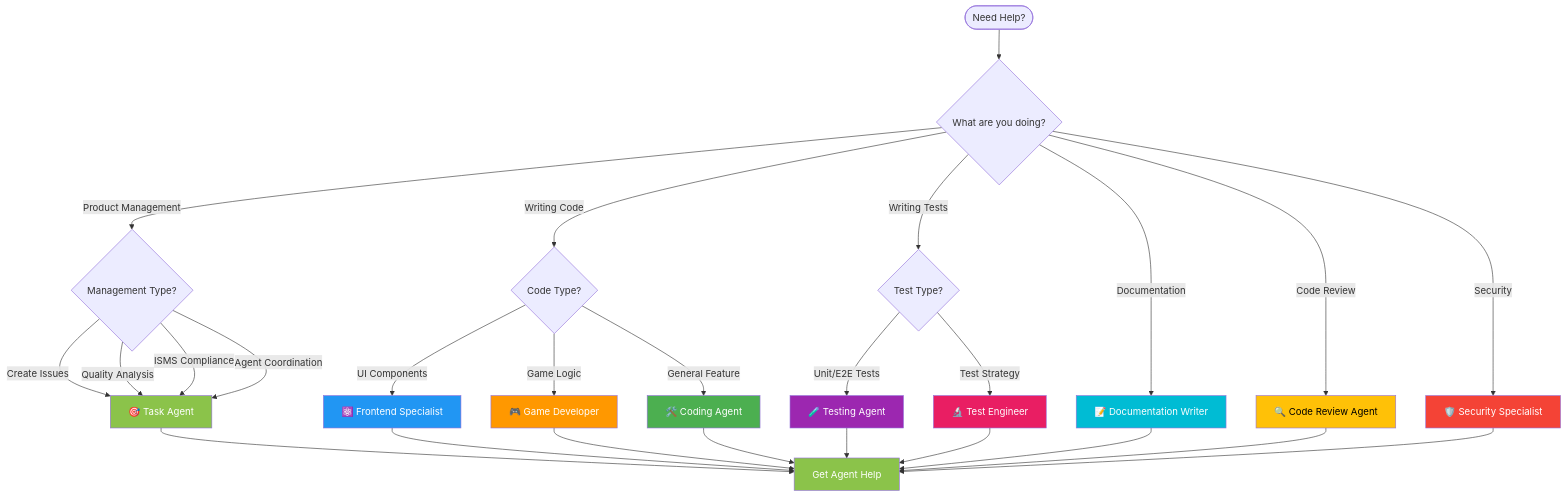
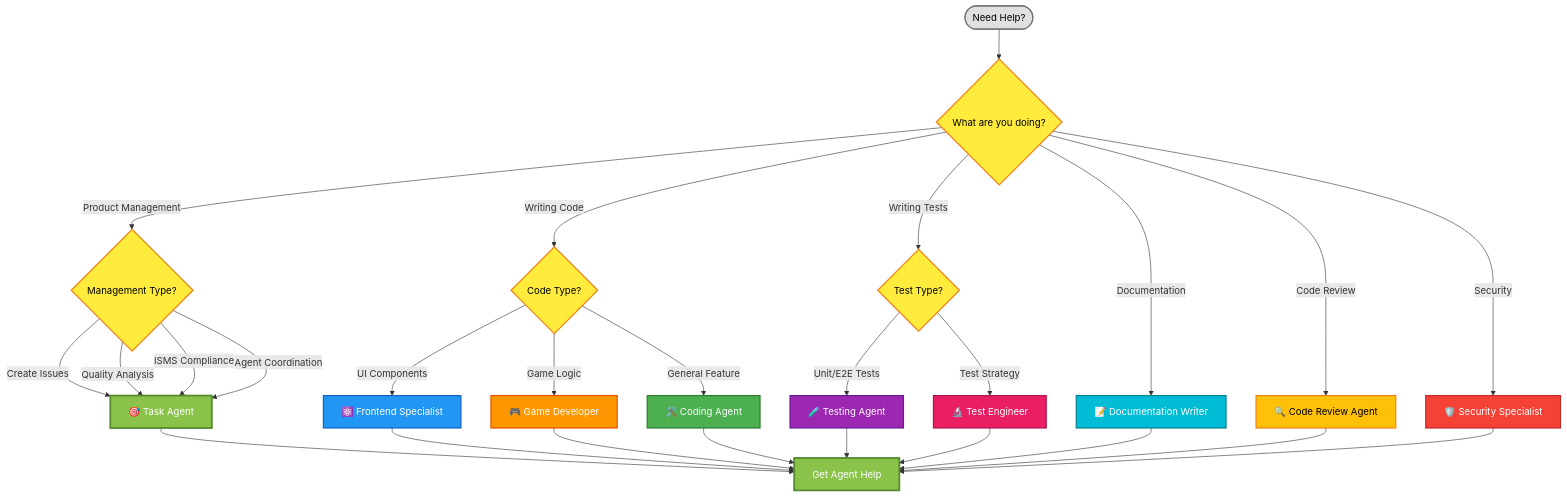
One commit to Hack23/blacktrigram changed the second of 4 diagrams in .github/agents/README.md. Above: the diagram before and after it, drawn with Mermaid. The commit also changed other lines of this file, not shown here.

Commit message:
Enhance agents README with improved Mermaid diagrams and architecture overview

````diff
--- a/.github/agents/README.md
+++ b/.github/agents/README.md
@@ -252,44 +281,49 @@
 ```mermaid
 flowchart TD
     Start([Need Help?]) --> Type{What are you doing?}
     
     Type -->|Product Management| Management{Management Type?}
     Management -->|Create Issues| TaskAgent[🎯 Task Agent]
     Management -->|Quality Analysis| TaskAgent
     Management -->|ISMS Compliance| TaskAgent
     Management -->|Agent Coordination| TaskAgent
     
     Type -->|Writing Code| Code{Code Type?}
     Code -->|UI Components| Frontend[⚛️ Frontend Specialist]
     Code -->|Game Logic| Game[🎮 Game Developer]
     Code -->|General Feature| Coding[🛠️ Coding Agent]
     
     Type -->|Writing Tests| TestType{Test Type?}
     TestType -->|Unit/E2E Tests| Testing[🧪 Testing Agent]
     TestType -->|Test Strategy| TestEng[🔬 Test Engineer]
     
     Type -->|Documentation| Docs[📝 Documentation Writer]
     Type -->|Code Review| Review[🔍 Code Review Agent]
     Type -->|Security| Security[🛡️ Security Specialist]
     
     TaskAgent --> Action[Get Agent Help]
     Frontend --> Action
     Game --> Action
     Coding --> Action
     Testing --> Action
     TestEng --> Action
     Docs --> Action
     Review --> Action
     Security --> Action
     
-    style TaskAgent fill:#8BC34A,color:#fff
-    style Frontend fill:#2196F3,color:#fff
-    style Game fill:#FF9800,color:#fff
-    style Coding fill:#4CAF50,color:#fff
-    style Testing fill:#9C27B0,color:#fff
-    style TestEng fill:#E91E63,color:#fff
-    style Docs fill:#00BCD4,color:#fff
-    style Review fill:#FFC107,color:#000
-    style Security fill:#F44336,color:#fff
-    style Action fill:#8BC34A,color:#fff
+    style Start fill:#E0E0E0,stroke:#757575,stroke-width:2px,color:#000
+    style Type fill:#FFEB3B,stroke:#F57F17,stroke-width:2px,color:#000
+    style Management fill:#FFEB3B,stroke:#F57F17,stroke-width:2px,color:#000
+    style Code fill:#FFEB3B,stroke:#F57F17,stroke-width:2px,color:#000
+    style TestType fill:#FFEB3B,stroke:#F57F17,stroke-width:2px,color:#000
+    style TaskAgent fill:#8BC34A,stroke:#558B2F,stroke-width:3px,color:#fff
+    style Frontend fill:#2196F3,stroke:#1565C0,stroke-width:2px,color:#fff
+    style Game fill:#FF9800,stroke:#E65100,stroke-width:2px,color:#fff
+    style Coding fill:#4CAF50,stroke:#2E7D32,stroke-width:2px,color:#fff
+    style Testing fill:#9C27B0,stroke:#6A1B9A,stroke-width:2px,color:#fff
+    style TestEng fill:#E91E63,stroke:#AD1457,stroke-width:2px,color:#fff
+    style Docs fill:#00BCD4,stroke:#00838F,stroke-width:2px,color:#fff
+    style Review fill:#FFC107,stroke:#F57F17,stroke-width:2px,color:#000
+    style Security fill:#F44336,stroke:#C62828,stroke-width:2px,color:#fff
+    style Action fill:#8BC34A,stroke:#558B2F,stroke-width:3px,color:#fff
 ```
````
